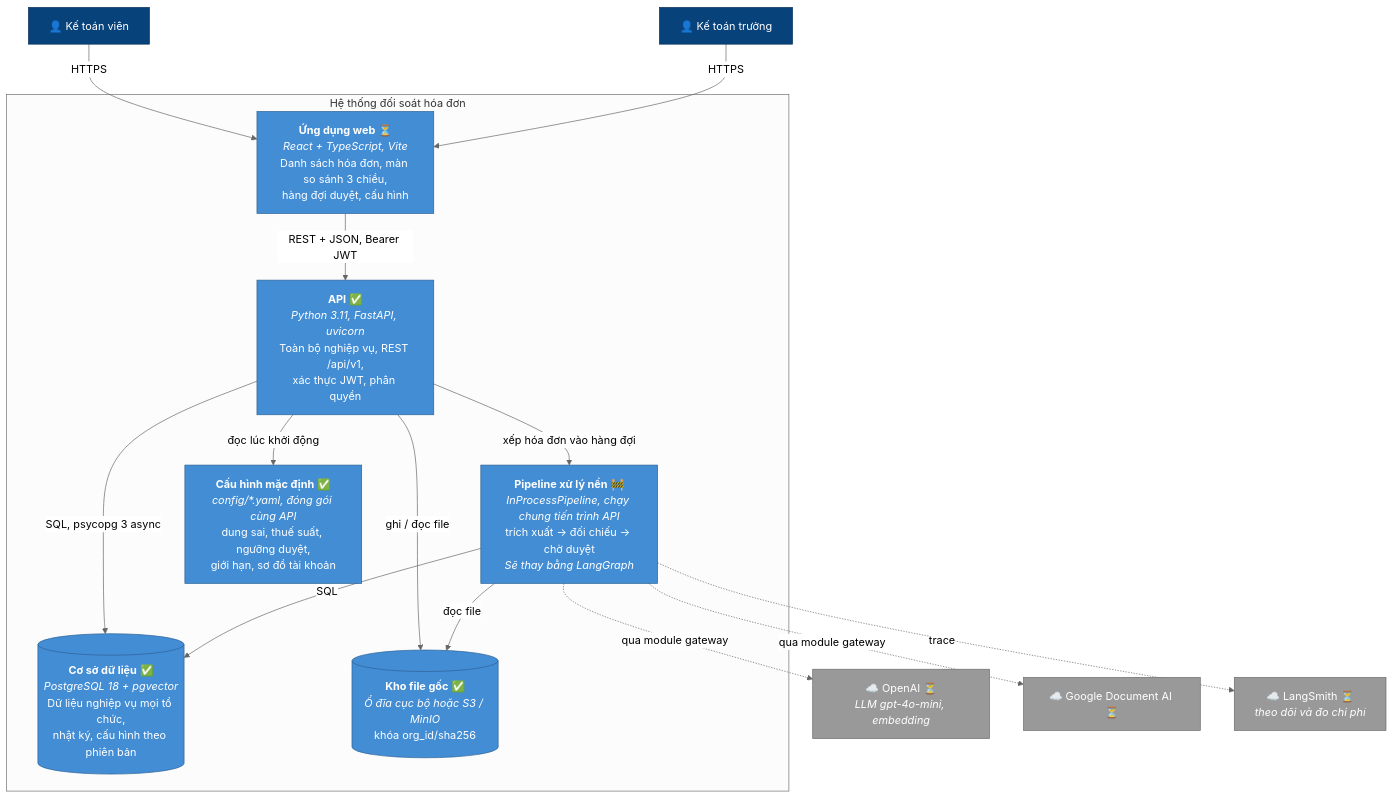
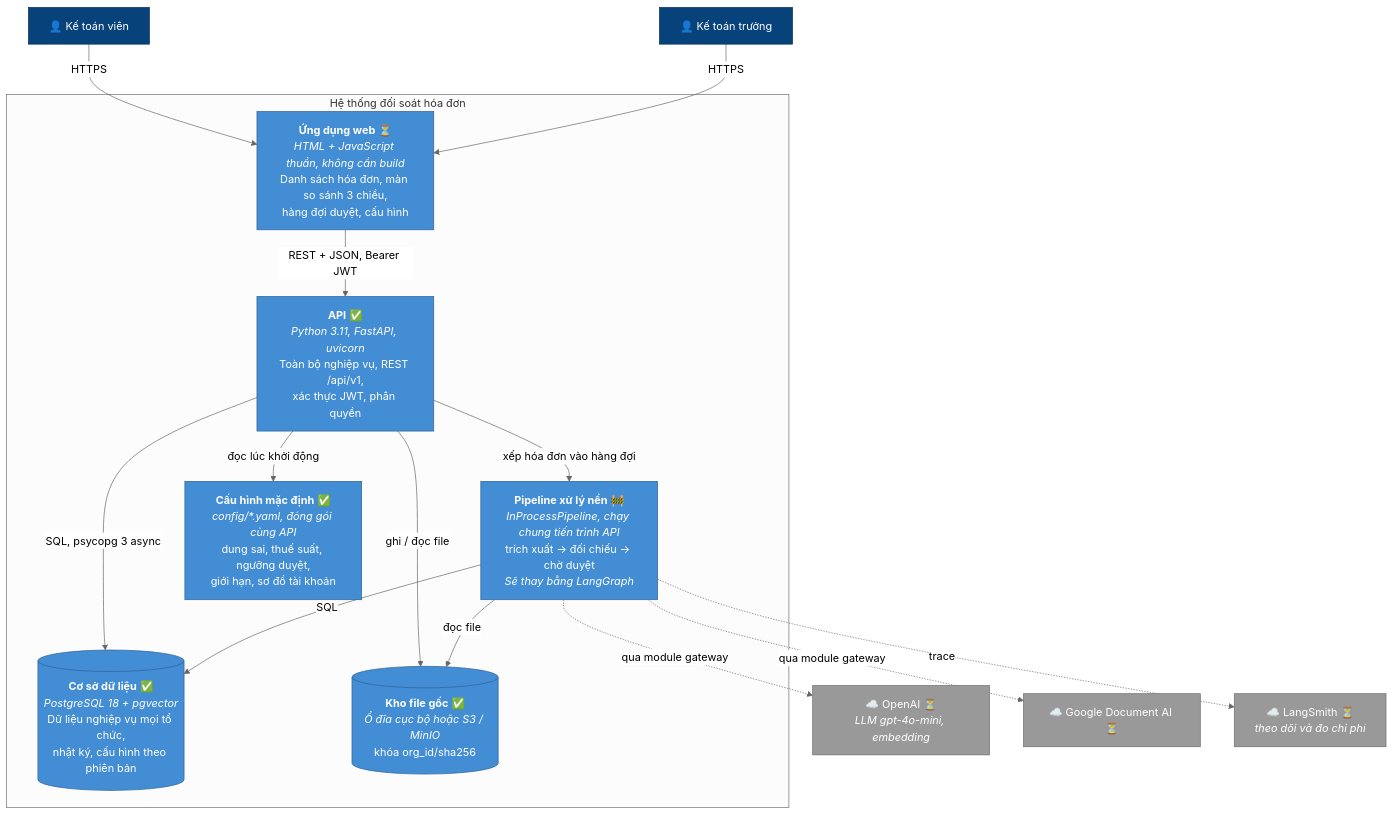
The second of 7 diagrams in docs/C4_DESIGN.md (kamitoznguyen-collab/Fantastic4-BuildPhase), drawn with Mermaid (neutral theme) before and after one commit. The commit also changed other lines of this file and 4 other files, not shown here.

First line of the commit message:
docs: build the frontend on the prototype, drop React

````diff
--- a/docs/C4_DESIGN.md
+++ b/docs/C4_DESIGN.md
@@ -67,36 +67,36 @@
 ```mermaid
 flowchart TB
     ktv["👤 Kế toán viên"]
     ktt["👤 Kế toán trưởng"]
 
     subgraph sys["Hệ thống đối soát hóa đơn"]
-        web["<b>Ứng dụng web</b> ⏳<br/><i>React + TypeScript, Vite</i><br/>Danh sách hóa đơn, màn so sánh 3 chiều,<br/>hàng đợi duyệt, cấu hình"]
+        web["<b>Ứng dụng web</b> ⏳<br/><i>HTML + JavaScript thuần, không cần build</i><br/>Danh sách hóa đơn, màn so sánh 3 chiều,<br/>hàng đợi duyệt, cấu hình"]
         api["<b>API</b> ✅<br/><i>Python 3.11, FastAPI, uvicorn</i><br/>Toàn bộ nghiệp vụ, REST /api/v1,<br/>xác thực JWT, phân quyền"]
         pipe["<b>Pipeline xử lý nền</b> 🚧<br/><i>InProcessPipeline, chạy chung tiến trình API</i><br/>trích xuất → đối chiếu → chờ duyệt<br/><i>Sẽ thay bằng LangGraph</i>"]
         db[("<b>Cơ sở dữ liệu</b> ✅<br/><i>PostgreSQL 18 + pgvector</i><br/>Dữ liệu nghiệp vụ mọi tổ chức,<br/>nhật ký, cấu hình theo phiên bản")]
         files[("<b>Kho file gốc</b> ✅<br/><i>Ổ đĩa cục bộ hoặc S3 / MinIO</i><br/>khóa org_id/sha256")]
         yaml["<b>Cấu hình mặc định</b> ✅<br/><i>config/*.yaml, đóng gói cùng API</i><br/>dung sai, thuế suất, ngưỡng duyệt,<br/>giới hạn, sơ đồ tài khoản"]
     end
 
     openai["☁️ OpenAI ⏳<br/><i>LLM gpt-4o-mini, embedding</i>"]
     docai["☁️ Google Document AI ⏳"]
     langsmith["☁️ LangSmith ⏳<br/><i>theo dõi và đo chi phí</i>"]
 
     ktv & ktt -- "HTTPS" --> web
     web -- "REST + JSON, Bearer JWT" --> api
     api -- "xếp hóa đơn vào hàng đợi" --> pipe
     api -- "SQL, psycopg 3 async" --> db
     pipe -- "SQL" --> db
     api -- "ghi / đọc file" --> files
     pipe -- "đọc file" --> files
     api -- "đọc lúc khởi động" --> yaml
     pipe -. "qua module gateway" .-> openai & docai
     pipe -. "trace" .-> langsmith
 
     classDef person fill:#08427b,color:#fff,stroke:#052e56
     classDef container fill:#438dd5,color:#fff,stroke:#2e6295
     classDef external fill:#999,color:#fff,stroke:#6b6b6b
     class ktv,ktt person
     class web,api,pipe,db,files,yaml container
     class openai,docai,langsmith external
 ```
````
